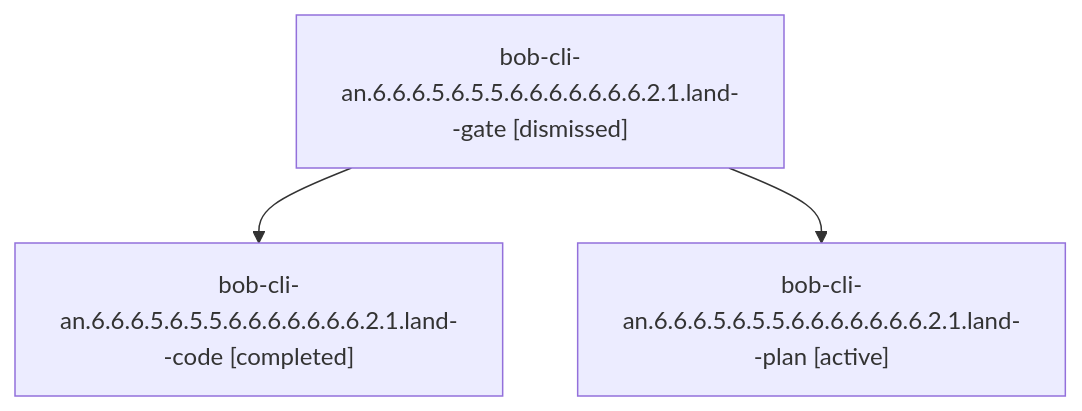
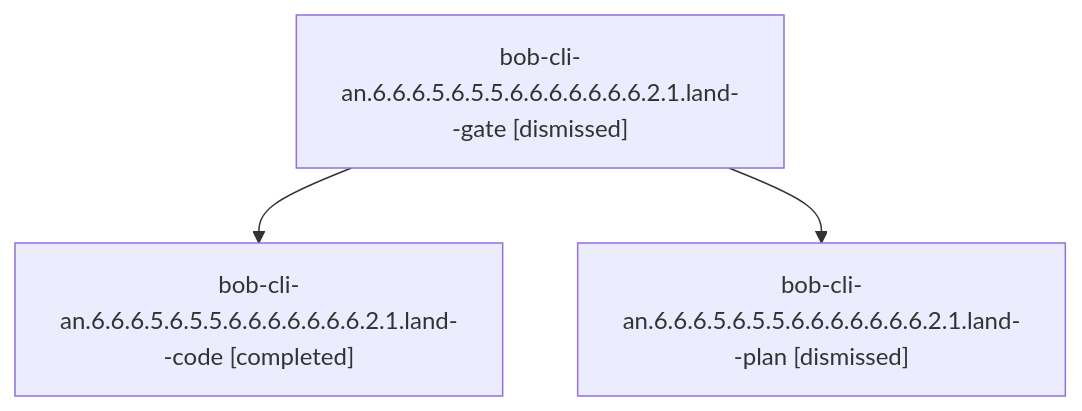
The diagram in sessions/bbugyi200.athena.bob-cli-an.6.6.6.5.6.5.5.6.6.6.6.6.6.6.2.1.land.md (bobs-org/bob-cli--agents), drawn with Mermaid before and after one commit. The commit also changed other lines of this file and 551 other files, not shown here.

````diff
--- a/sessions/bbugyi200.athena.bob-cli-an.6.6.6.5.6.5.5.6.6.6.6.6.6.6.2.1.land.md
+++ b/sessions/bbugyi200.athena.bob-cli-an.6.6.6.5.6.5.5.6.6.6.6.6.6.6.2.1.land.md
@@ -9,8 +9,8 @@
 ```mermaid
 flowchart TD
   n0["bob-cli-an.6.6.6.5.6.5.5.6.6.6.6.6.6.6.2.1.land--gate [dismissed]"]
   n1["bob-cli-an.6.6.6.5.6.5.5.6.6.6.6.6.6.6.2.1.land--code [completed]"]
   n0 --> n1
-  n2["bob-cli-an.6.6.6.5.6.5.5.6.6.6.6.6.6.6.2.1.land--plan [active]"]
+  n2["bob-cli-an.6.6.6.5.6.5.5.6.6.6.6.6.6.6.2.1.land--plan [dismissed]"]
   n0 --> n2
 ```
````
